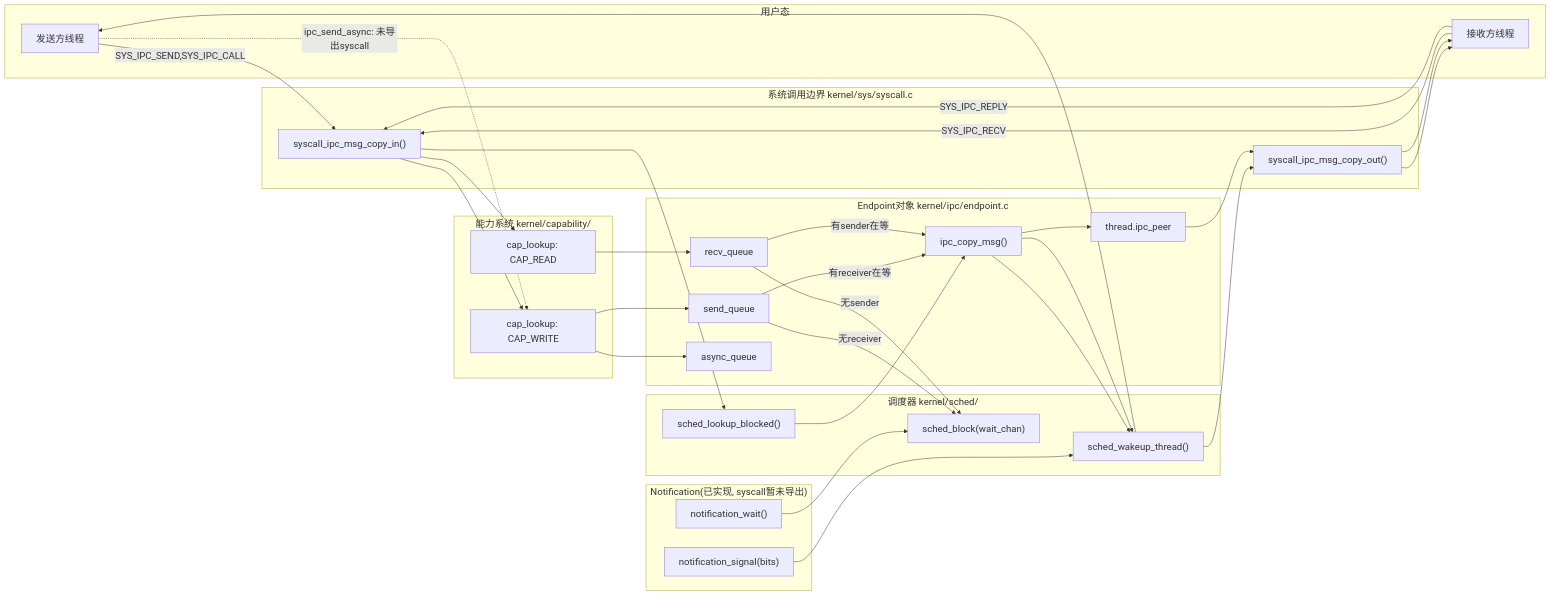
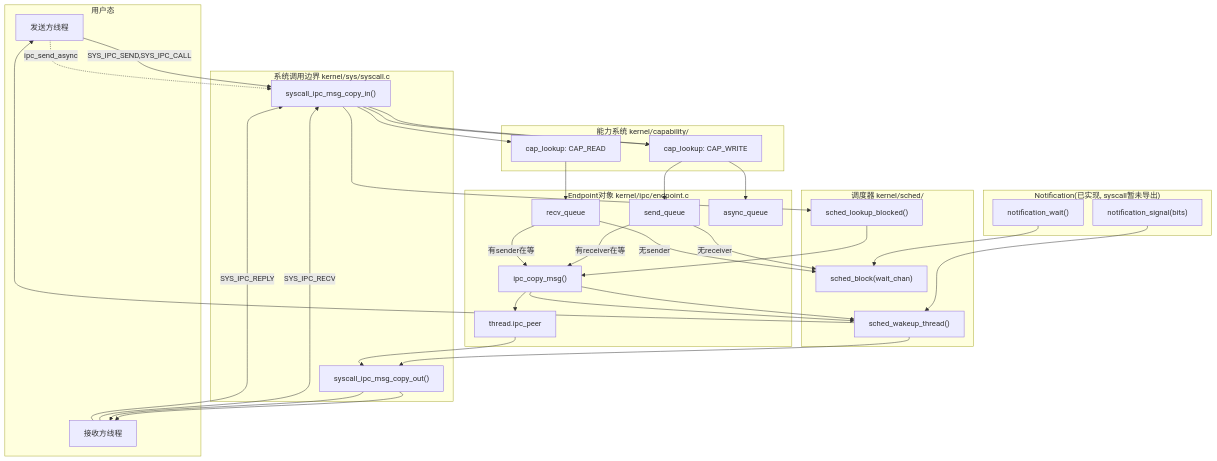
The fifth of 5 diagrams in README.md (SH-XiaoXiu/xnix), drawn with Mermaid before and after one commit. The commit also changed other lines of this file, not shown here.

Commit message:
style(docs): 更新Mermaid

````diff
--- a/README.md
+++ b/README.md
@@ -201,53 +204,58 @@
 ```mermaid
-%%{init: {'flowchart': {'useMaxWidth': false, 'nodeSpacing': 40, 'rankSpacing': 70}, 'themeVariables': {'fontSize': '20px'}}}%%
-graph LR
+%%{init: {'flowchart': {'nodeSpacing': 20, 'rankSpacing': 40}, 'themeVariables': {'fontSize': '16px'}}}%%
+graph TB
     subgraph User["用户态"]
         U_S["发送方线程"]
         U_R["接收方线程"]
     end
 
     subgraph Syscall["系统调用边界 kernel/sys/syscall.c"]
         CopyIn["syscall_ipc_msg_copy_in()"]
         CopyOut["syscall_ipc_msg_copy_out()"]
     end
 
     subgraph Cap["能力系统 kernel/capability/"]
         LookupW["cap_lookup: CAP_WRITE"]
         LookupR["cap_lookup: CAP_READ"]
     end
 
     subgraph Endpoint["Endpoint对象 kernel/ipc/endpoint.c"]
         SQ["send_queue"]
         RQ["recv_queue"]
         AQ["async_queue"]
         CopyMsg["ipc_copy_msg()"]
         Peer["thread.ipc_peer"]
     end
 
     subgraph Sched["调度器 kernel/sched/"]
         Block["sched_block(wait_chan)"]
         WakeT["sched_wakeup_thread()"]
         FindBlocked["sched_lookup_blocked()"]
     end
 
-    U_S -->|SYS_IPC_SEND,SYS_IPC_CALL| CopyIn --> LookupW --> SQ
-    U_R -->|SYS_IPC_RECV| CopyIn --> LookupR --> RQ
+    subgraph Notif["Notification(已实现, syscall暂未导出)"]
+        N_Sig["notification_signal(bits)"]
+        N_Wait["notification_wait()"]
+    end
+
+    U_S -->|SYS_IPC_SEND,SYS_IPC_CALL| CopyIn
+    U_R -->|SYS_IPC_RECV| CopyIn
+    U_R -->|SYS_IPC_REPLY| CopyIn
+    U_S -.->|ipc_send_async| CopyIn
+
+    CopyIn --> LookupW --> SQ
+    CopyIn --> LookupR --> RQ
+    CopyIn --> LookupW --> AQ
+    CopyIn --> FindBlocked
 
     SQ -->|"有receiver在等"| CopyMsg --> WakeT --> CopyOut --> U_R
     SQ -->|"无receiver"| Block
 
     RQ -->|"有sender在等"| CopyMsg --> Peer --> CopyOut --> U_R
     RQ -->|"无sender"| Block
 
-    U_R -->|SYS_IPC_REPLY| CopyIn --> FindBlocked --> CopyMsg --> WakeT --> U_S
-
-    U_S -.->|ipc_send_async: 未导出syscall| LookupW --> AQ
-
-    subgraph Notif["Notification(已实现, syscall暂未导出)"]
-        N_Sig["notification_signal(bits)"]
-        N_Wait["notification_wait()"]
-    end
+    FindBlocked --> CopyMsg --> WakeT --> U_S
 
     N_Wait --> Block
     N_Sig --> WakeT
 ```
````
